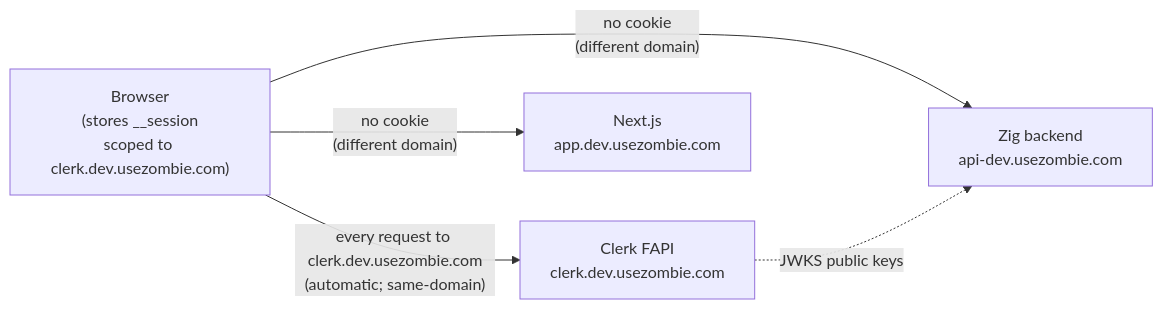
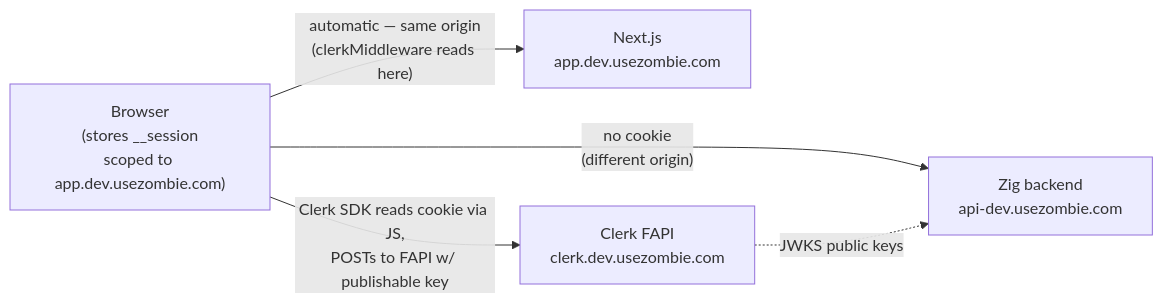
The third of 8 diagrams in docs/AUTH.md (agentsfleet/agentsfleet), drawn with Mermaid before and after one commit. The commit also changed other lines of this file, not shown here.

First line of the commit message:
docs(auth): coherence pass on Token A/B framing + cookie-domain reconciliation

````diff
--- a/docs/AUTH.md
+++ b/docs/AUTH.md
@@ -125,10 +127,10 @@
 ```mermaid
 flowchart LR
-    Browser["Browser<br/>(stores __session<br/>scoped to clerk.dev.usezombie.com)"]
+    Browser["Browser<br/>(stores __session<br/>scoped to app.dev.usezombie.com)"]
 
-    Browser -- "every request to clerk.dev.usezombie.com<br/>(automatic; same-domain)" --> Clerk["Clerk FAPI<br/>clerk.dev.usezombie.com"]
-    Browser -- "no cookie<br/>(different domain)" --> Next["Next.js<br/>app.dev.usezombie.com"]
-    Browser -- "no cookie<br/>(different domain)" --> API["Zig backend<br/>api-dev.usezombie.com"]
+    Browser -- "automatic — same origin<br/>(clerkMiddleware reads here)" --> Next["Next.js<br/>app.dev.usezombie.com"]
+    Browser -- "Clerk SDK reads cookie via JS,<br/>POSTs to FAPI w/ publishable key" --> Clerk["Clerk FAPI<br/>clerk.dev.usezombie.com"]
+    Browser -- "no cookie<br/>(different origin)" --> API["Zig backend<br/>api-dev.usezombie.com"]
 
     Clerk -. "JWKS public keys" .-> API
 ```
````
